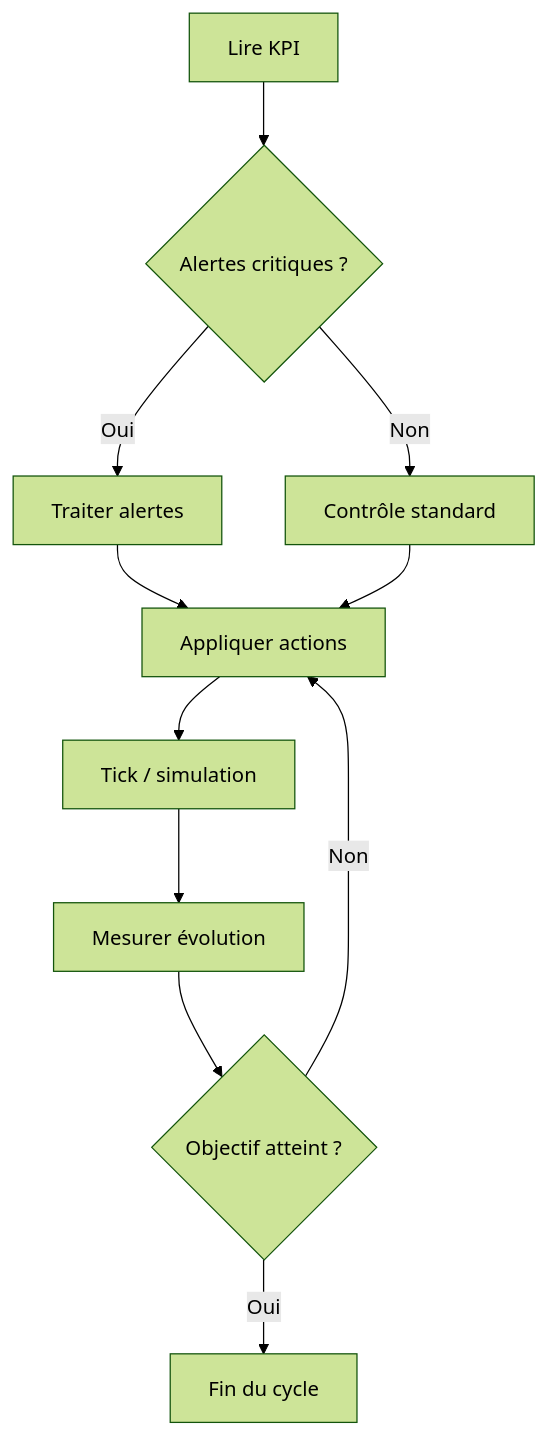
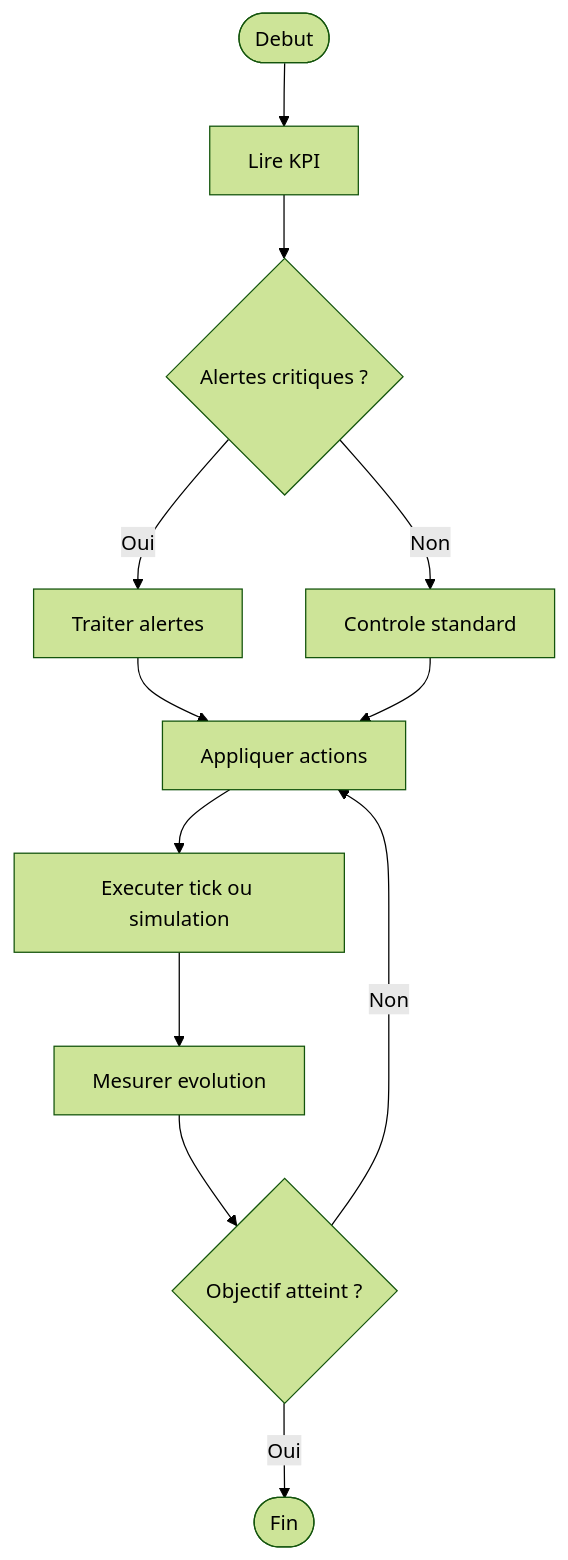
Before and after one commit to fasai444/GreenDesk: the eighth of 10 diagrams in docs/index.md, drawn with Mermaid (forest theme). The commit also changed other lines of this file and 3 other files, not shown here.

````diff
--- a/docs/index.md
+++ b/docs/index.md
@@ -347,13 +421,14 @@
 ```mermaid
 flowchart TD
-	A[Lire KPI] --> B{Alertes critiques ?}
-	B -->|Oui| C[Traiter alertes]
-	B -->|Non| D[Contrôle standard]
-	C --> E[Appliquer actions]
-	D --> E
-	E --> F[Tick / simulation]
-	F --> G[Mesurer évolution]
-	G --> H{Objectif atteint ?}
-	H -->|Non| E
-	H -->|Oui| I[Fin du cycle]
+	start([Debut]) --> kpi[Lire KPI]
+	kpi --> alert{Alertes critiques ?}
+	alert -->|Oui| treat[Traiter alertes]
+	alert -->|Non| normal[Controle standard]
+	treat --> action[Appliquer actions]
+	normal --> action
+	action --> tick[Executer tick ou simulation]
+	tick --> measure[Mesurer evolution]
+	measure --> goal{Objectif atteint ?}
+	goal -->|Non| action
+	goal -->|Oui| finish([Fin])
 ```
````
